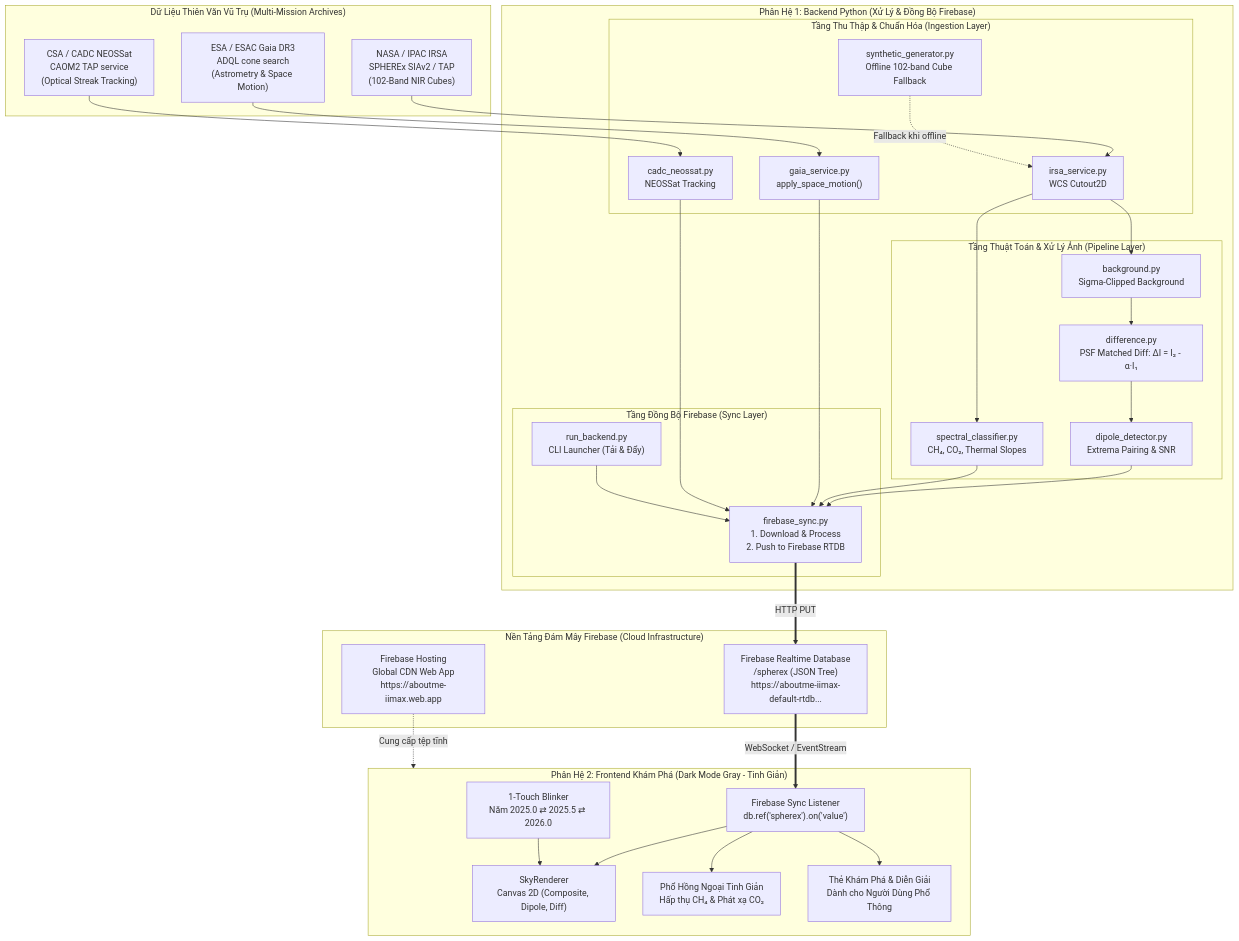
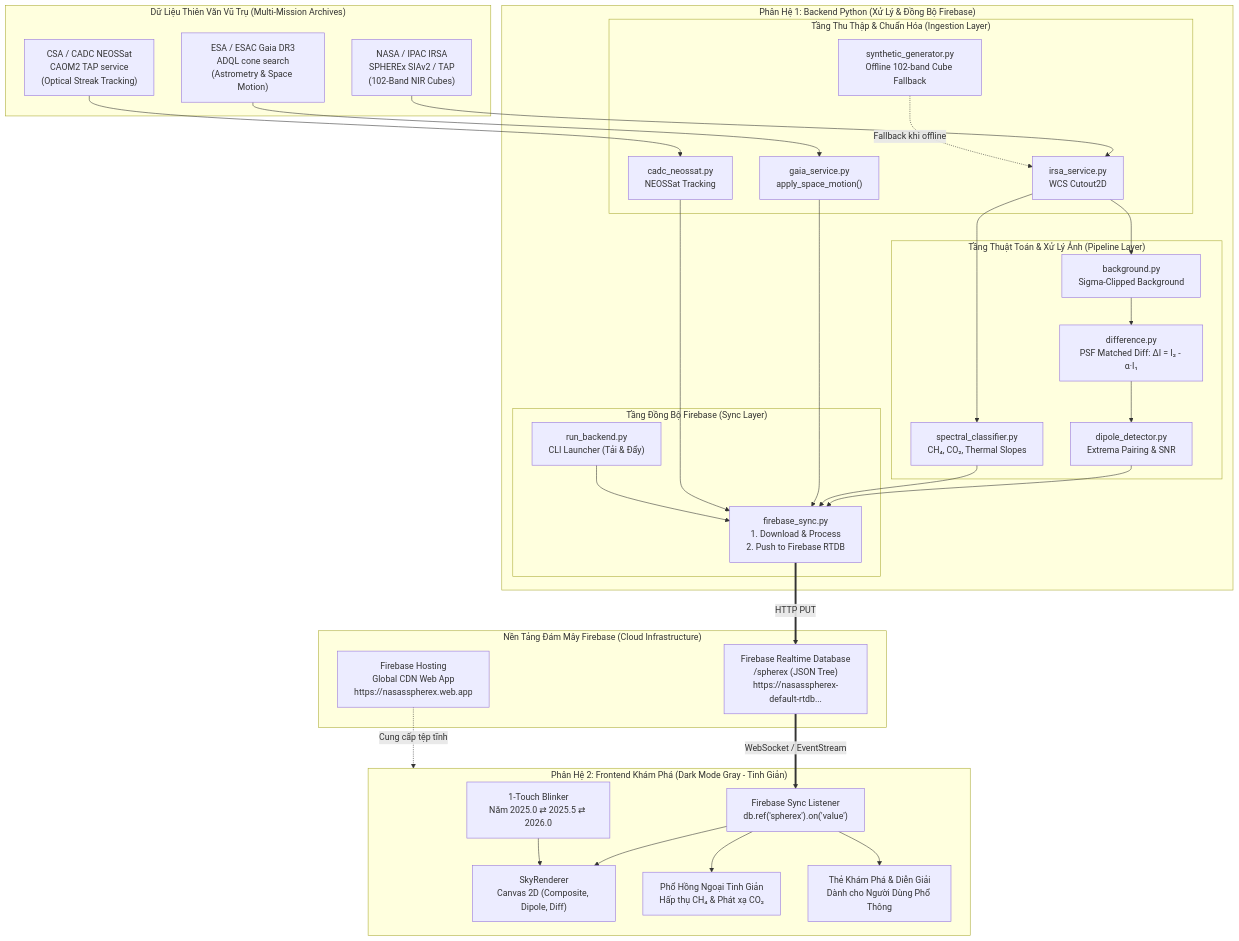
Before and after one commit to II-Max/Planet-X-and-SPHEREx: the diagram in docs/ARCHITECTURE.md, drawn with Mermaid. The commit also changed other lines of this file and 5 other files, not shown here.

````diff
--- a/docs/ARCHITECTURE.md
+++ b/docs/ARCHITECTURE.md
@@ -5,66 +5,66 @@
 ```mermaid
 flowchart TD
     subgraph EXTERNAL["Dữ Liệu Thiên Văn Vũ Trụ (Multi-Mission Archives)"]
         IRSA["NASA / IPAC IRSA<br/>SPHEREx SIAv2 / TAP<br/>(102-Band NIR Cubes)"]
         GAIA["ESA / ESAC Gaia DR3<br/>ADQL cone search<br/>(Astrometry & Space Motion)"]
         CADC["CSA / CADC NEOSSat<br/>CAOM2 TAP service<br/>(Optical Streak Tracking)"]
     end
 
     subgraph BACKEND["Phân Hệ 1: Backend Python (Xử Lý & Đồng Bộ Firebase)"]
         subgraph INGESTION["Tầng Thu Thập & Chuẩn Hóa (Ingestion Layer)"]
             MOD_IRSA["irsa_service.py<br/>WCS Cutout2D"]
             MOD_GAIA["gaia_service.py<br/>apply_space_motion()"]
             MOD_CADC["cadc_neossat.py<br/>NEOSSat Tracking"]
             MOD_SYN["synthetic_generator.py<br/>Offline 102-band Cube Fallback"]
         end
 
         subgraph PIPELINE["Tầng Thuật Toán & Xử Lý Ảnh (Pipeline Layer)"]
             MOD_BG["background.py<br/>Sigma-Clipped Background"]
             MOD_DIFF["difference.py<br/>PSF Matched Diff: ΔI = I₂ - α·I₁"]
             MOD_DIPOLE["dipole_detector.py<br/>Extrema Pairing & SNR"]
             MOD_SPEC["spectral_classifier.py<br/>CH₄, CO₂, Thermal Slopes"]
         end
 
         subgraph SYNC_LAYER["Tầng Đồng Bộ Firebase (Sync Layer)"]
             MOD_FSYNC["firebase_sync.py<br/>1. Download & Process<br/>2. Push to Firebase RTDB"]
             RUN_CLI["run_backend.py<br/>CLI Launcher (Tải & Đẩy)"]
         end
     end
 
     subgraph CLOUD["Nền Tảng Đám Mây Firebase (Cloud Infrastructure)"]
-        RTDB["Firebase Realtime Database<br/>/spherex (JSON Tree)<br/>https://aboutme-iimax-default-rtdb..."]
-        HOSTING["Firebase Hosting<br/>Global CDN Web App<br/>https://aboutme-iimax.web.app"]
+        RTDB["Firebase Realtime Database<br/>/spherex (JSON Tree)<br/>https://nasasspherex-default-rtdb..."]
+        HOSTING["Firebase Hosting<br/>Global CDN Web App<br/>https://nasasspherex.web.app"]
     end
 
     subgraph FRONTEND["Phân Hệ 2: Frontend Khám Phá (Dark Mode Gray - Tinh Giản)"]
         CORE_RENDER["SkyRenderer<br/>Canvas 2D (Composite, Dipole, Diff)"]
         CORE_CTRL["1-Touch Blinker<br/>Năm 2025.0 ⇄ 2025.5 ⇄ 2026.0"]
         SPEC_CHART["Phổ Hồng Ngoại Tinh Giản<br/>Hấp thụ CH₄ & Phát xạ CO₂"]
         INSPECTOR["Thẻ Khám Phá & Diễn Giải<br/>Dành cho Người Dùng Phổ Thông"]
         FB_LISTENER["Firebase Sync Listener<br/>db.ref('spherex').on('value')"]
     end
 
     IRSA --> MOD_IRSA
     GAIA --> MOD_GAIA
     CADC --> MOD_CADC
     MOD_SYN -.->|Fallback khi offline| MOD_IRSA
 
     MOD_IRSA --> MOD_BG
     MOD_BG --> MOD_DIFF
     MOD_DIFF --> MOD_DIPOLE
     MOD_IRSA --> MOD_SPEC
 
     MOD_DIPOLE --> MOD_FSYNC
     MOD_SPEC --> MOD_FSYNC
     MOD_GAIA --> MOD_FSYNC
     MOD_CADC --> MOD_FSYNC
     RUN_CLI --> MOD_FSYNC
 
     MOD_FSYNC ==HTTP PUT==> RTDB
     HOSTING -.->|Cung cấp tệp tĩnh| FRONTEND
     RTDB ==WebSocket / EventStream==> FB_LISTENER
     FB_LISTENER --> CORE_RENDER
     FB_LISTENER --> INSPECTOR
     FB_LISTENER --> SPEC_CHART
     CORE_CTRL --> CORE_RENDER
 ```
````
